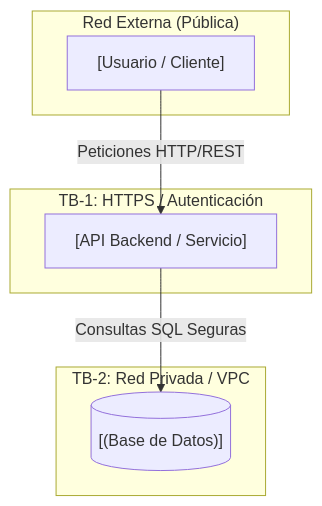
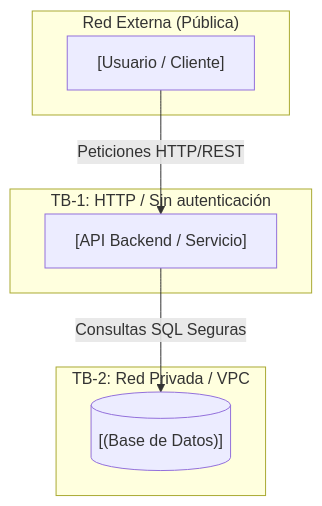
Before and after one commit to DonovanHernandezICS/DevSecOps: the diagram in THREAT_MODEL.md, drawn with Mermaid.

Commit message:
Práctica3

````diff
--- a/THREAT_MODEL.md
+++ b/THREAT_MODEL.md
@@ -15,17 +15,17 @@
 ```mermaid
 graph TD
     subgraph Red_Externa ["Red Externa (Pública)"]
         User["[Usuario / Cliente]"]
     end
 
-    subgraph Frontera_1 ["TB-1: HTTPS / Autenticación"]
+    subgraph Frontera_1 ["TB-1: HTTP / Sin autenticación"]
         API["[API Backend / Servicio]"]
     end
 
     subgraph Frontera_2 ["TB-2: Red Privada / VPC"]
         DB[("[(Base de Datos)]")]
     end
 
     User -->|Peticiones HTTP/REST| API
     API -->|Consultas SQL Seguras| DB
 ```
````
